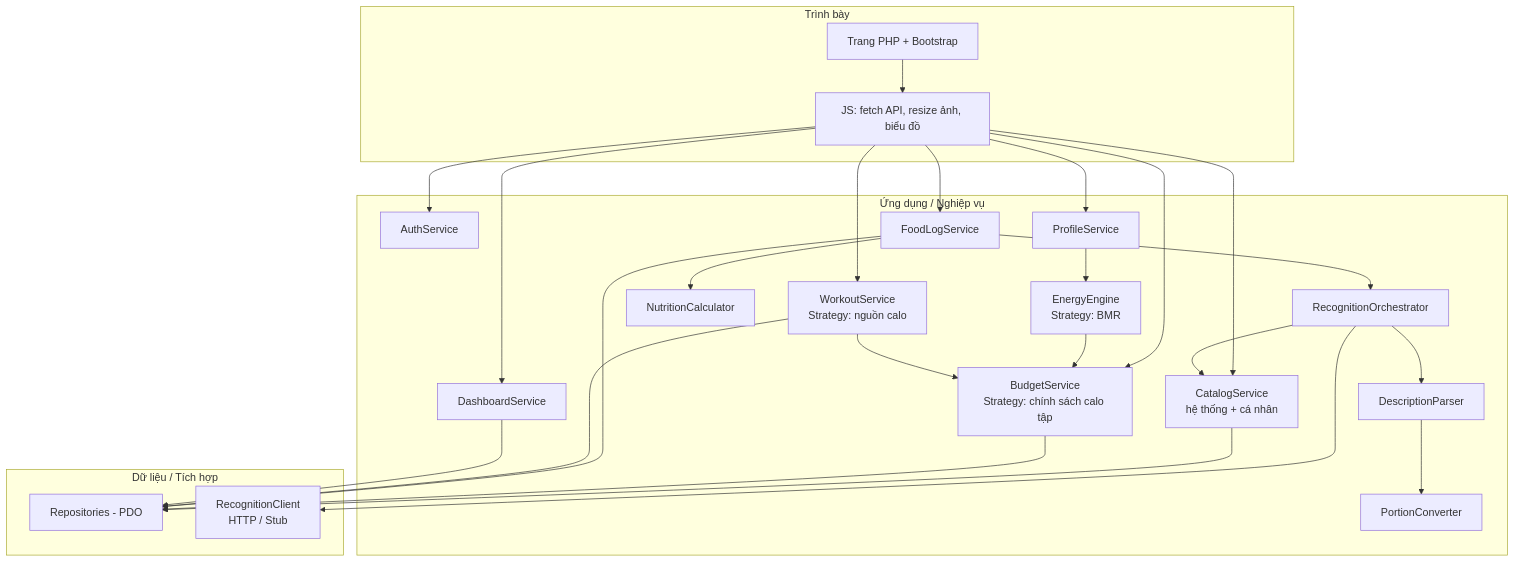
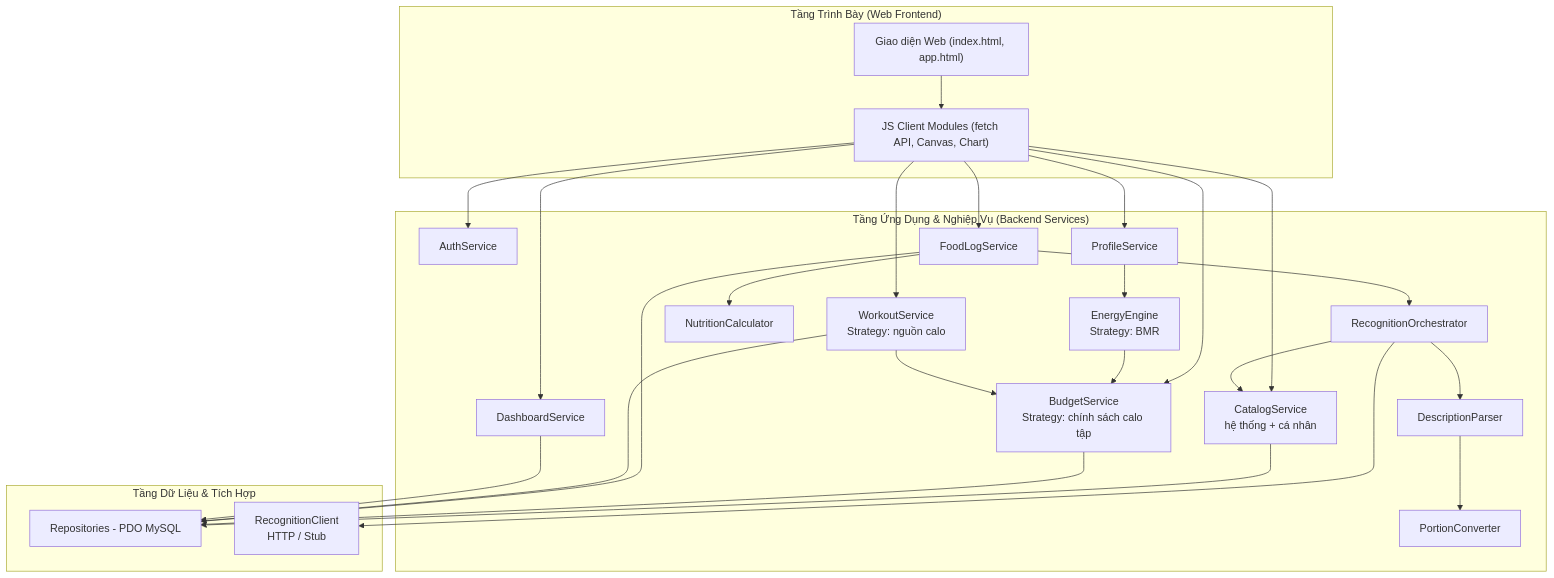
One commit to TheUn4given123jkbkjs/FlexiDiet changed the second of 3 diagrams in docs/02_elaboration/02_architecture_design.md. Above: the diagram before and after it, drawn with Mermaid.

Commit message:
fix(architecture): chuan hoa Mermaid o muc 7 thanh phan va trach nhiem

````diff
--- a/docs/02_elaboration/02_architecture_design.md
+++ b/docs/02_elaboration/02_architecture_design.md
@@ -198,40 +198,47 @@
 ```mermaid
 flowchart TB
-    subgraph PRES[Trình bày]
-        PG[Trang PHP + Bootstrap]
-        JS[JS: fetch API, resize ảnh, biểu đồ]
+    subgraph PRES["Tầng Trình Bày (Web Frontend)"]
+        UI["Giao diện Web (index.html, app.html)"]
+        JS["JS Client Modules (fetch API, Canvas, Chart)"]
     end
-    subgraph APP[Ứng dụng / Nghiệp vụ]
-        AUTH[AuthService]
-        PRO[ProfileService]
-        EE[EnergyEngine<br/>Strategy: BMR]
-        BUD[BudgetService<br/>Strategy: chính sách calo tập]
-        FL[FoodLogService]
-        REC[RecognitionOrchestrator]
-        DP[DescriptionParser]
-        PC[PortionConverter]
-        NC[NutritionCalculator]
-        CAT[CatalogService<br/>hệ thống + cá nhân]
-        WK[WorkoutService<br/>Strategy: nguồn calo]
-        DSH[DashboardService]
+    subgraph APP["Tầng Ứng Dụng & Nghiệp Vụ (Backend Services)"]
+        AUTH["AuthService"]
+        PRO["ProfileService"]
+        EE["EnergyEngine<br/>Strategy: BMR"]
+        BUD["BudgetService<br/>Strategy: chính sách calo tập"]
+        FL["FoodLogService"]
+        REC["RecognitionOrchestrator"]
+        DP["DescriptionParser"]
+        PC["PortionConverter"]
+        NC["NutritionCalculator"]
+        CAT["CatalogService<br/>hệ thống + cá nhân"]
+        WK["WorkoutService<br/>Strategy: nguồn calo"]
+        DSH["DashboardService"]
     end
-    subgraph DATA[Dữ liệu / Tích hợp]
-        REPO[Repositories - PDO]
-        RC[RecognitionClient<br/>HTTP / Stub]
+    subgraph DATA["Tầng Dữ Liệu & Tích Hợp"]
+        REPO["Repositories - PDO MySQL"]
+        RC["RecognitionClient<br/>HTTP / Stub"]
     end
-    PG --> JS
-    JS --> AUTH & PRO & BUD & FL & WK & DSH & CAT
+    UI --> JS
+    JS --> AUTH
+    JS --> PRO
+    JS --> BUD
+    JS --> FL
+    JS --> WK
+    JS --> DSH
+    JS --> CAT
     PRO --> EE
     EE --> BUD
     WK --> BUD
     FL --> REC
     REC --> RC
-    REC --> DP --> PC
+    REC --> DP
+    DP --> PC
     REC --> CAT
     FL --> NC
     CAT --> REPO
     BUD --> REPO
     FL --> REPO
     WK --> REPO
     DSH --> REPO
 ```
````
